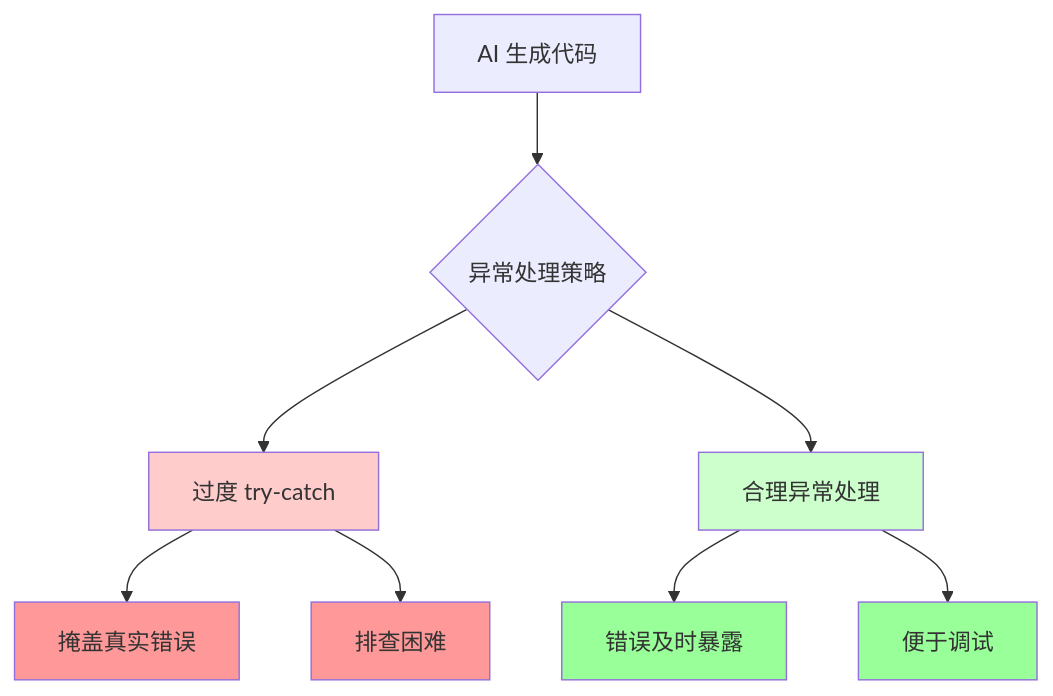
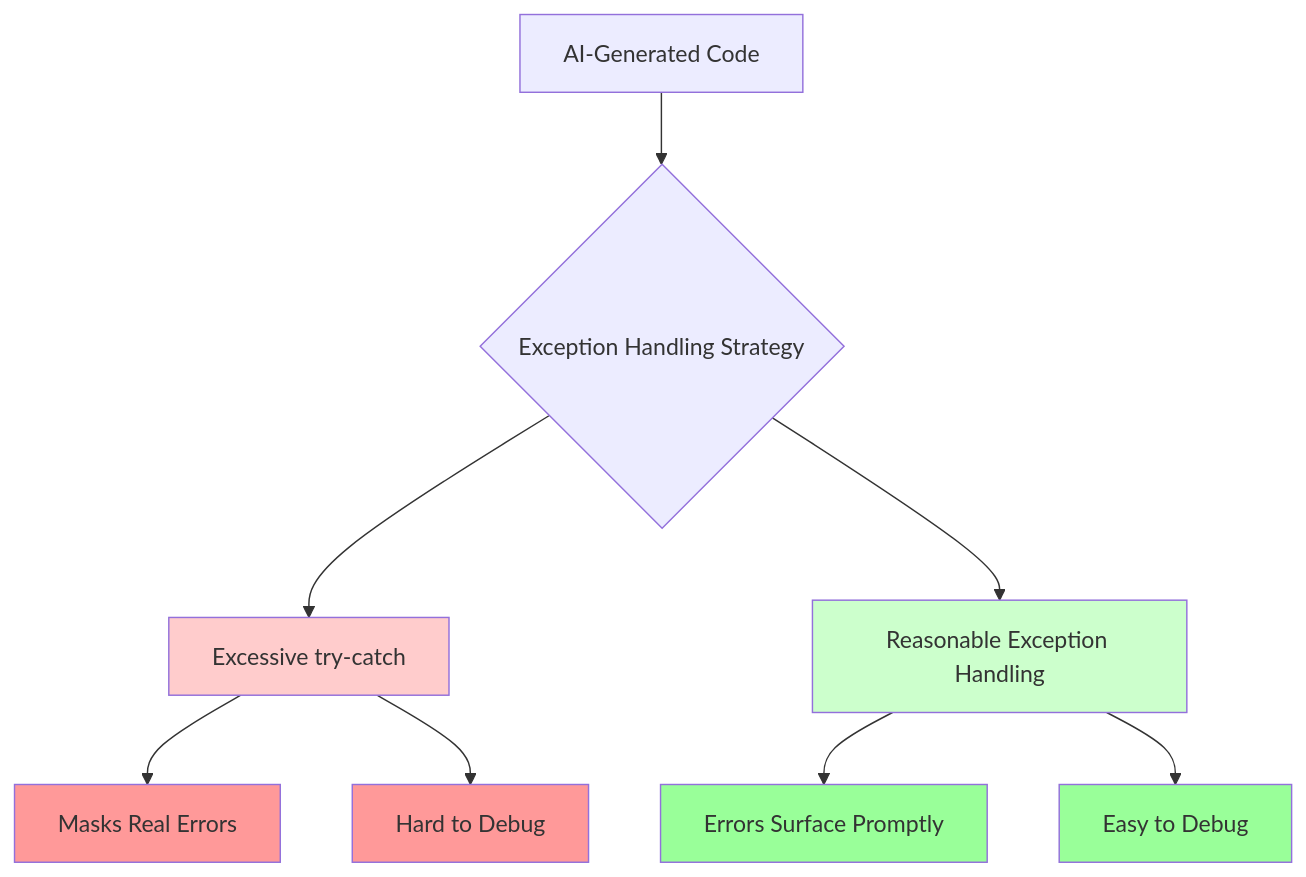
One commit to woodywang/woodywang.github.io changed the first of 3 diagrams in _posts/2025-09-05-programmer-core-skills-in-ai-era-en.md. Above: the diagram before and after it, drawn with Mermaid. The commit also changed other lines of this file and 5 other files, not shown here.

First line of the commit message:
fix: translate Chinese text in mermaid diagrams across all English posts

````diff
--- a/_posts/2025-09-05-programmer-core-skills-in-ai-era-en.md
+++ b/_posts/2025-09-05-programmer-core-skills-in-ai-era-en.md
@@ -26,17 +26,17 @@
 ```mermaid
 graph TD
-    A[AI 生成代码] --> B{异常处理策略}
-    B --> C[过度 try-catch]
-    B --> D[合理异常处理]
-    C --> E[掩盖真实错误]
-    C --> F[排查困难]
-    D --> G[错误及时暴露]
-    D --> H[便于调试]
+    A[AI-Generated Code] --> B{Exception Handling Strategy}
+    B --> C[Excessive try-catch]
+    B --> D[Reasonable Exception Handling]
+    C --> E[Masks Real Errors]
+    C --> F[Hard to Debug]
+    D --> G[Errors Surface Promptly]
+    D --> H[Easy to Debug]
 
     style C fill:#ffcccc
     style E fill:#ff9999
     style F fill:#ff9999
     style D fill:#ccffcc
     style G fill:#99ff99
     style H fill:#99ff99
 ```
````
